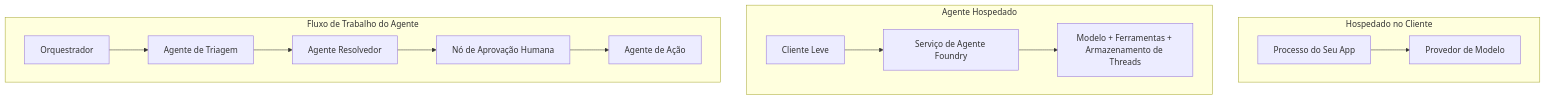
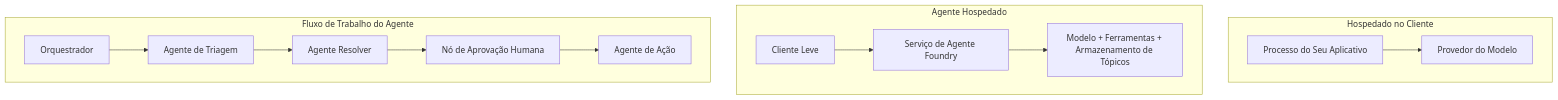
Before and after one commit to gabrielmoreira/agent-skills-mirror: the first of 4 diagrams in mirrors/repos/microsoft@ai-agents-for-beginners/translations/pt-BR/16-deploying-scalable-agents/README.md, drawn with Mermaid. The commit also changed other lines of this file and 3581 other files, not shown here.

````diff
--- a/mirrors/repos/microsoft@ai-agents-for-beginners/translations/pt-BR/16-deploying-scalable-agents/README.md
+++ b/mirrors/repos/microsoft@ai-agents-for-beginners/translations/pt-BR/16-deploying-scalable-agents/README.md
@@ -87,16 +87,16 @@
 ```mermaid
 flowchart TB
     subgraph P1[Hospedado no Cliente]
-        A1[Processo do Seu App] --> M1[Provedor de Modelo]
+        A1[Processo do Seu Aplicativo] --> M1[Provedor do Modelo]
     end
     subgraph P2[Agente Hospedado]
         A2[Cliente Leve] --> F2[Serviço de Agente Foundry]
-        F2 --> M2[Modelo + Ferramentas + Armazenamento de Threads]
+        F2 --> M2[Modelo + Ferramentas + Armazenamento de Tópicos]
     end
     subgraph P3[Fluxo de Trabalho do Agente]
         A3[Orquestrador] --> S1[Agente de Triagem]
-        S1 --> S2[Agente Resolvedor]
+        S1 --> S2[Agente Resolver]
         S2 --> H[Nó de Aprovação Humana]
         H --> S3[Agente de Ação]
     end
 ```
````
